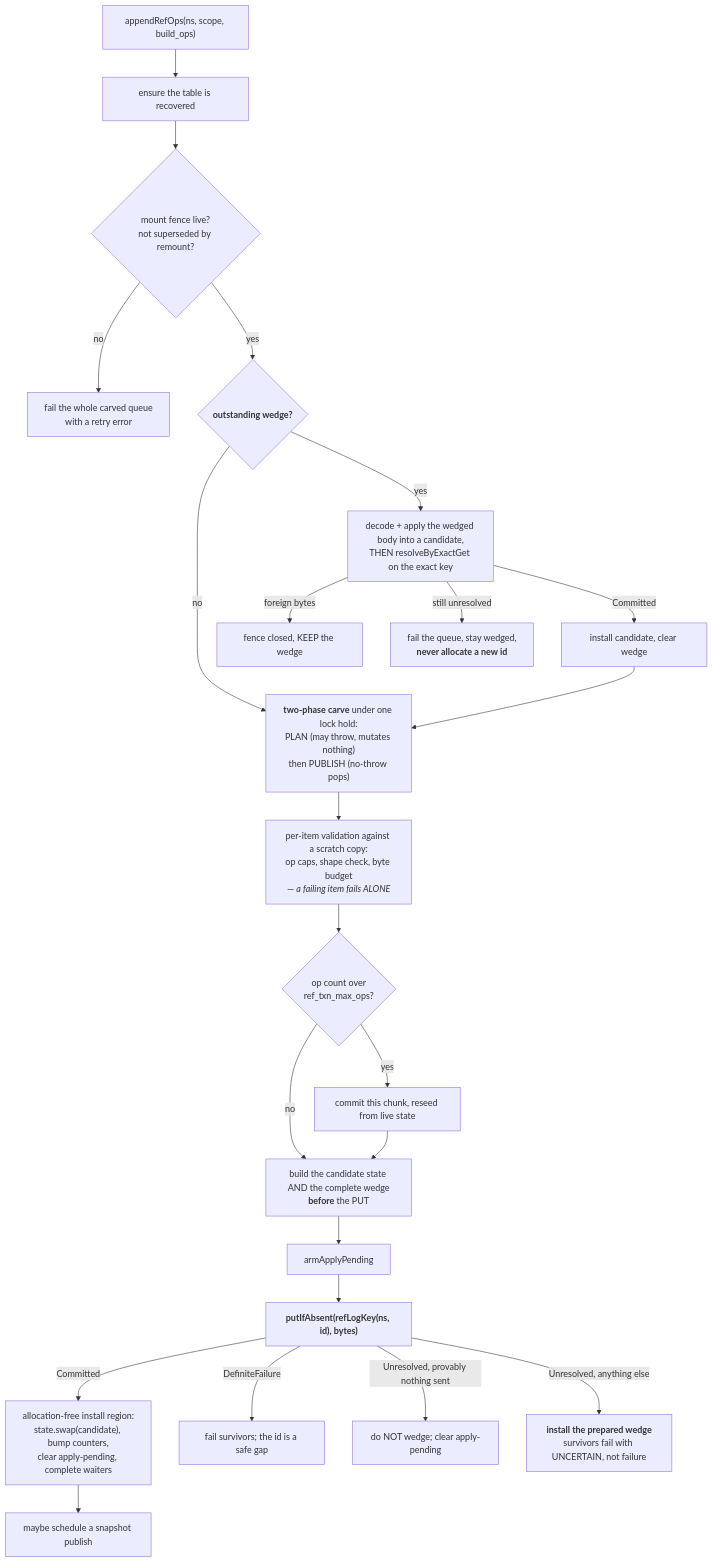
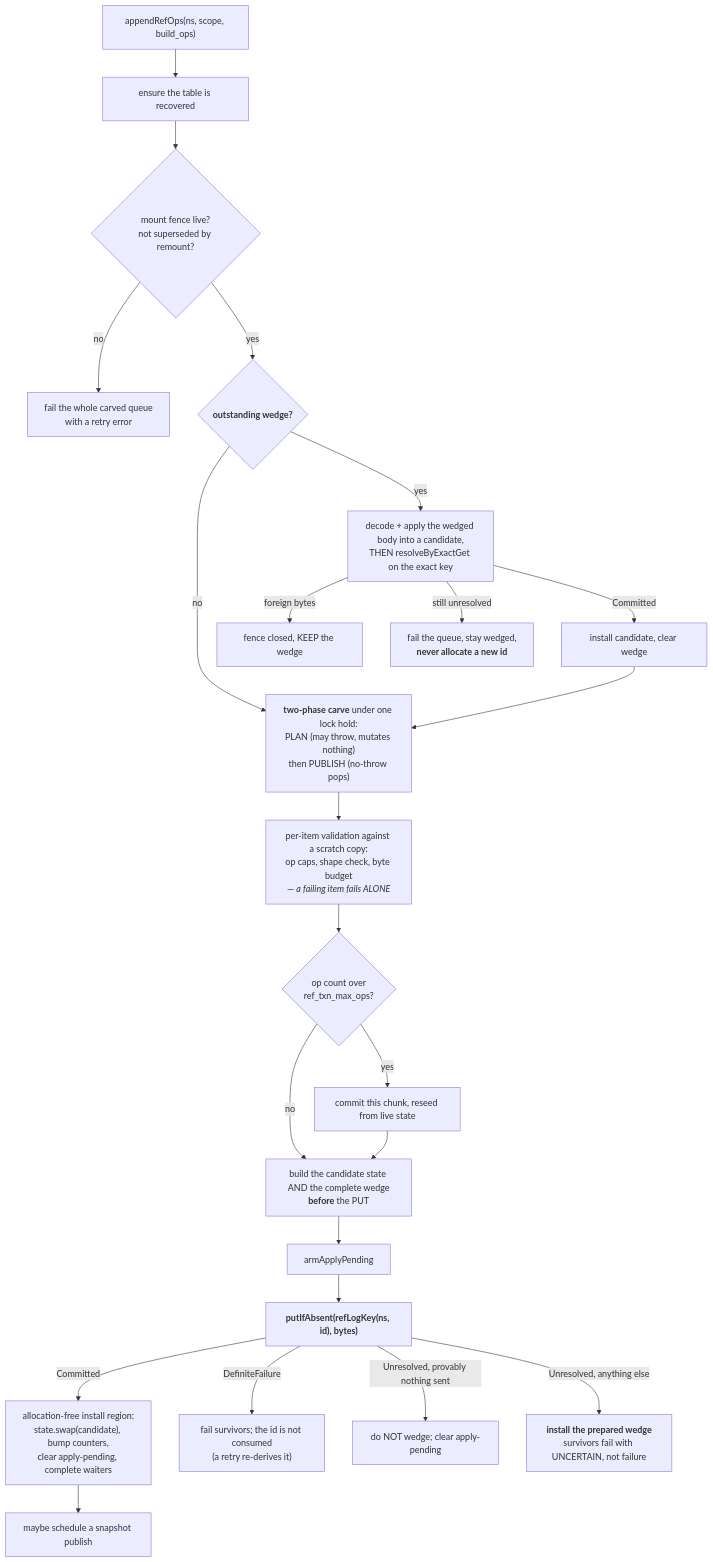
One commit to Altinity/ClickHouse changed diagram 11 of 16 in docs/superpowers/cas/11-walkthrough.md. Above: the diagram before and after it, drawn with Mermaid. The commit also changed other lines of this file and 34 other files, not shown here.

````diff
--- a/docs/superpowers/cas/11-walkthrough.md
+++ b/docs/superpowers/cas/11-walkthrough.md
@@ -1336,25 +1339,25 @@
 ```mermaid
 flowchart TD
     Q["appendRefOps(ns, scope, build_ops)"] --> REC["ensure the table is recovered"]
     REC --> FEN{"mount fence live?<br/>not superseded by remount?"}
     FEN -->|no| FAIL0["fail the whole carved queue<br/>with a retry error"]
     FEN -->|yes| W{"<b>outstanding wedge?</b>"}
     W -->|yes| WR["decode + apply the wedged body into a candidate,<br/>THEN resolveByExactGet on the exact key"]
     WR -->|Committed| INST0["install candidate, clear wedge"]
     WR -->|foreign bytes| FC["fence closed, KEEP the wedge"]
     WR -->|still unresolved| FAIL1["fail the queue, stay wedged,<br/><b>never allocate a new id</b>"]
     W -->|no| CARVE
     INST0 --> CARVE["<b>two-phase carve</b> under one lock hold:<br/>PLAN (may throw, mutates nothing)<br/>then PUBLISH (no-throw pops)"]
     CARVE --> VAL["per-item validation against a scratch copy:<br/>op caps, shape check, byte budget<br/>— <i>a failing item fails ALONE</i>"]
     VAL --> CHUNK{"op count over<br/>ref_txn_max_ops?"}
     CHUNK -->|yes| CUT["commit this chunk, reseed from live state"]
     CHUNK -->|no| PREP
     CUT --> PREP["build the candidate state AND the complete wedge<br/><b>before</b> the PUT"]
     PREP --> ARM["armApplyPending"]
     ARM --> PUT["<b>putIfAbsent(refLogKey(ns, id), bytes)</b>"]
     PUT -->|Committed| OK["allocation-free install region:<br/>state.swap(candidate), bump counters,<br/>clear apply-pending, complete waiters"]
-    PUT -->|DefiniteFailure| GAP["fail survivors; the id is a safe gap"]
+    PUT -->|DefiniteFailure| GAP["fail survivors; the id is not consumed<br/>(a retry re-derives it)"]
     PUT -->|"Unresolved, provably nothing sent"| NOSEND["do NOT wedge; clear apply-pending"]
     PUT -->|"Unresolved, anything else"| WEDGE["<b>install the prepared wedge</b><br/>survivors fail with UNCERTAIN, not failure"]
     OK --> SNAP["maybe schedule a snapshot publish"]
 ```
````
